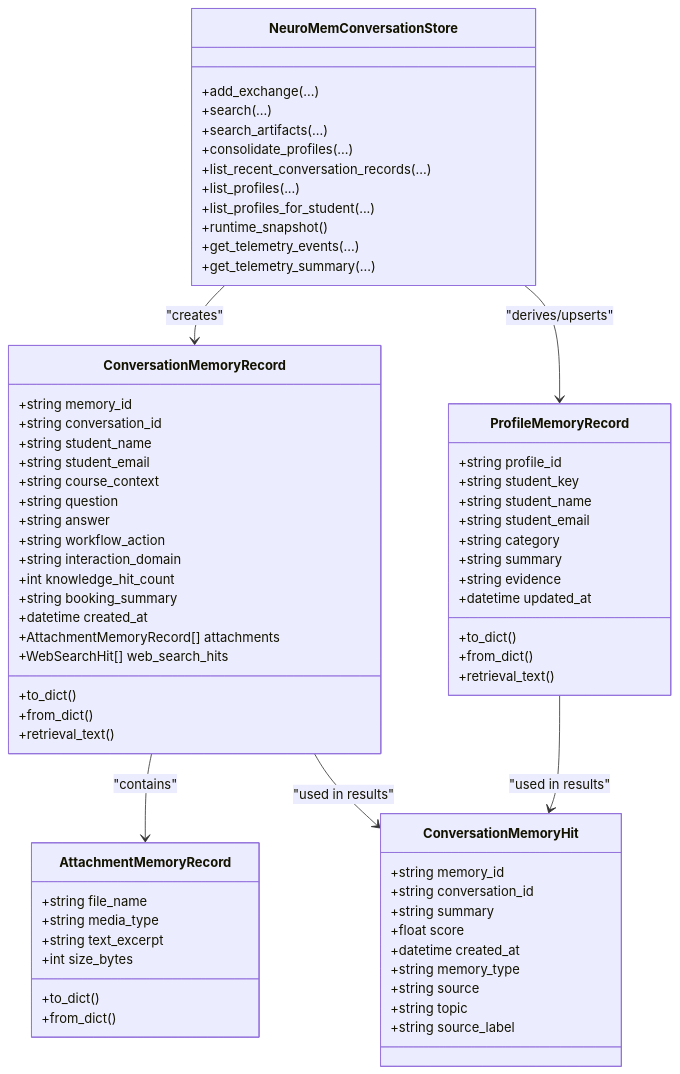
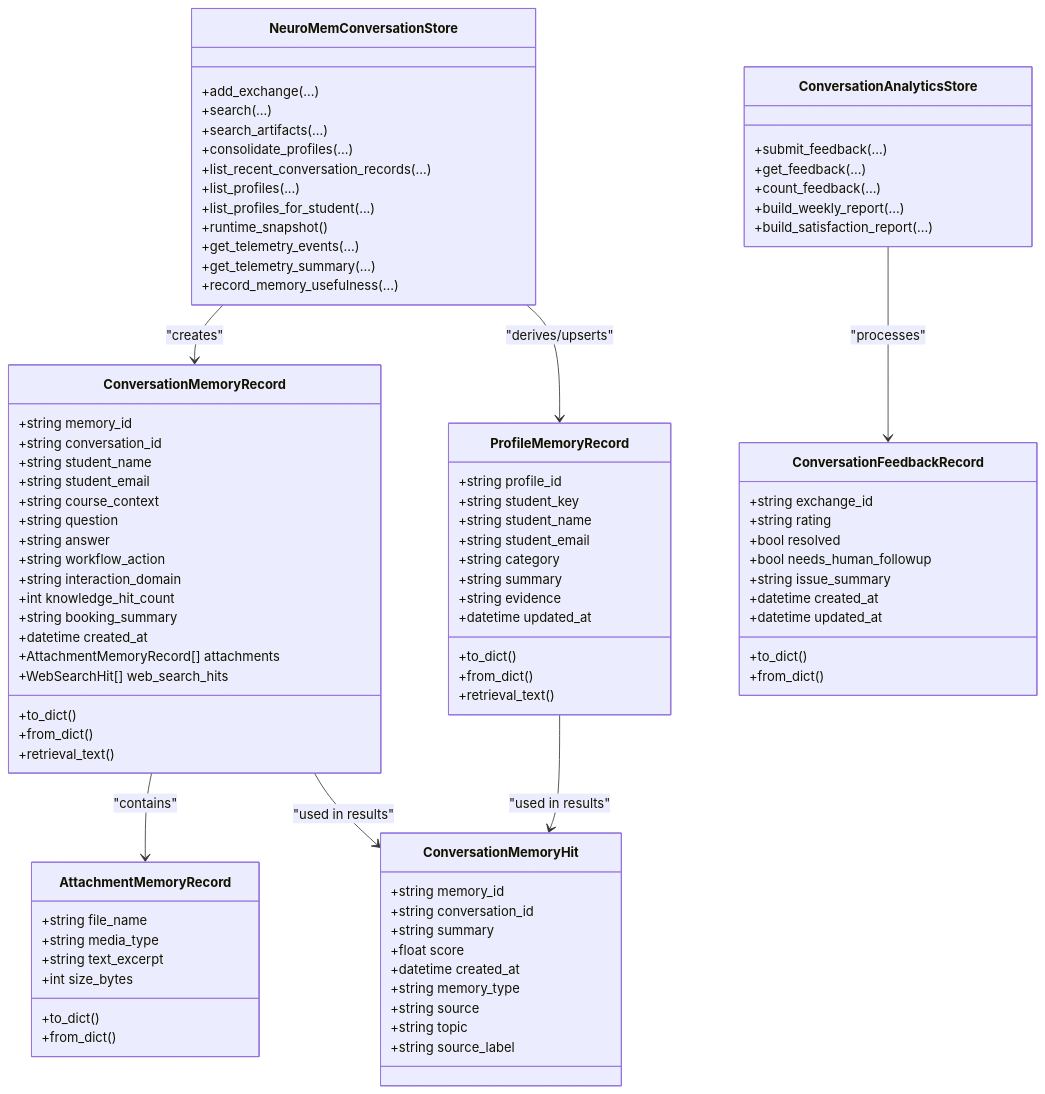
Before and after one commit to intellistream/sage-mate: the third of 3 diagrams in .qoder/repowiki/en/content/Memory Systems/Conversation Memory.md, drawn with Mermaid. The commit also changed other lines of this file and 60 other files, not shown here.

````diff
--- a/.qoder/repowiki/en/content/Memory Systems/Conversation Memory.md
+++ b/.qoder/repowiki/en/content/Memory Systems/Conversation Memory.md
@@ -336,6 +409,17 @@
 +string topic
 +string source_label
 }
+class ConversationFeedbackRecord {
++string exchange_id
++string rating
++bool resolved
++bool needs_human_followup
++string issue_summary
++datetime created_at
++datetime updated_at
++to_dict()
++from_dict()
+}
 class NeuroMemConversationStore {
 +add_exchange(...)
 +search(...)
@@ -347,10 +431,19 @@
 +runtime_snapshot()
 +get_telemetry_events(...)
 +get_telemetry_summary(...)
++record_memory_usefulness(...)
+}
+class ConversationAnalyticsStore {
++submit_feedback(...)
++get_feedback(...)
++count_feedback(...)
++build_weekly_report(...)
++build_satisfaction_report(...)
 }
 NeuroMemConversationStore --> ConversationMemoryRecord : "creates"
 NeuroMemConversationStore --> ProfileMemoryRecord : "derives/upserts"
 ConversationMemoryRecord --> AttachmentMemoryRecord : "contains"
 ConversationMemoryRecord --> ConversationMemoryHit : "used in results"
 ProfileMemoryRecord --> ConversationMemoryHit : "used in results"
+ConversationAnalyticsStore --> ConversationFeedbackRecord : "processes"
 ```
````
